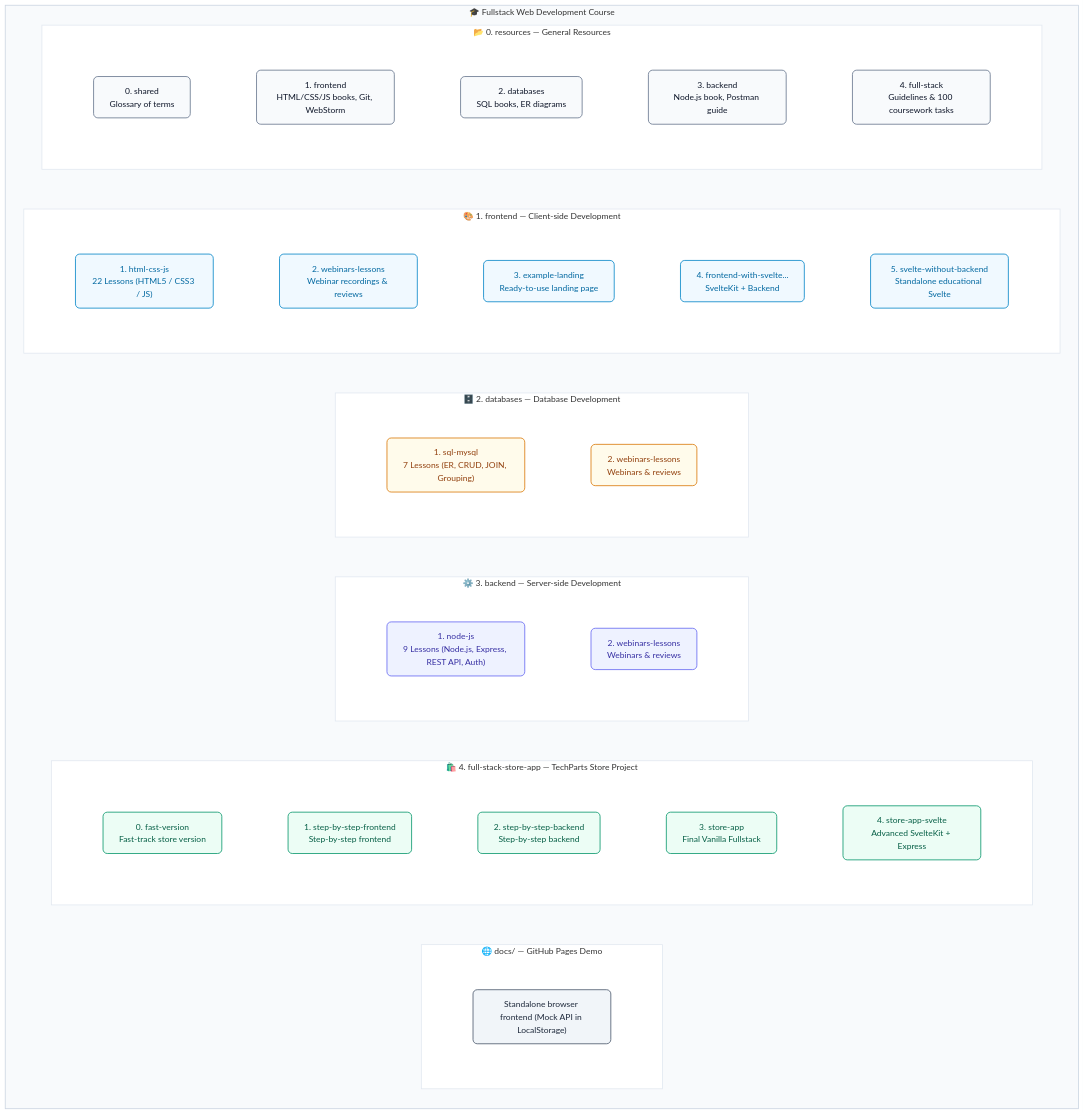
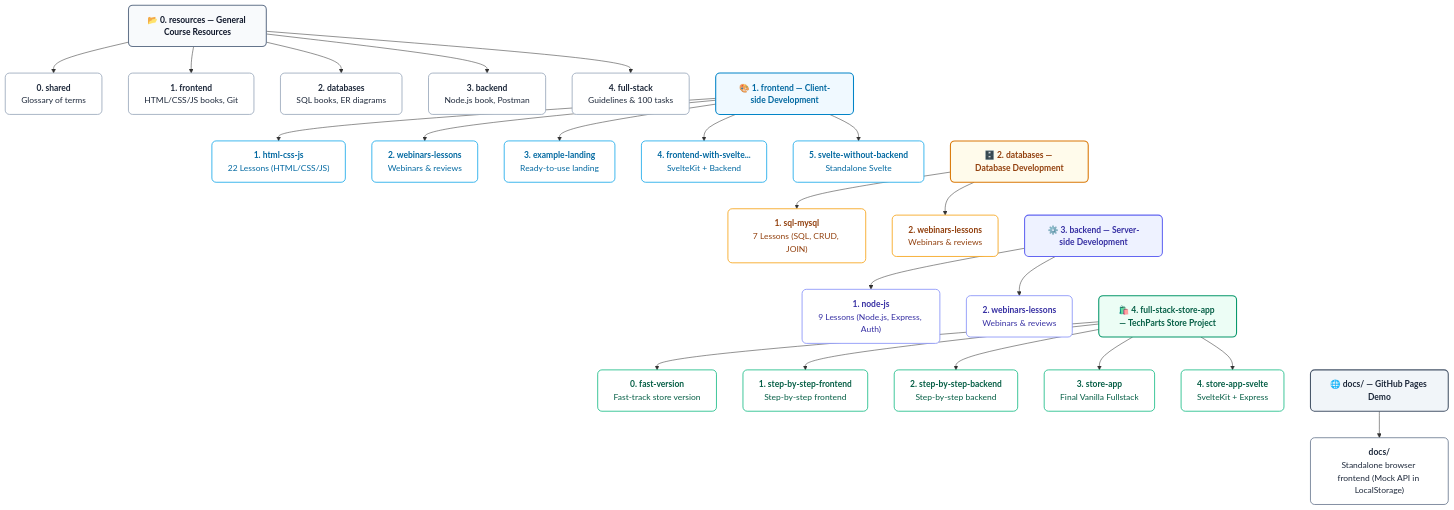
The first of 2 diagrams in README.md (mrsky1001/fullstack-web-development-course), drawn with Mermaid before and after one commit. The commit also changed 1 other file, not shown here.

Commit message:
refactor: simplify Mermaid flowchart structure in README files for improved readability

````diff
--- a/README.md
+++ b/README.md
@@ -146,130 +146,112 @@
 ```mermaid
 flowchart TD
-    subgraph ROOT["🎓 Fullstack Web Development Course"]
-        direction TB
+    %% 0. resources
+    H0["📂 <b>0. resources — General Course Resources</b>"]
+    R0["<span style='display:inline-block;text-decoration:none;'><b>0. shared</b><br/>Glossary of terms</span>"]
+    R1["<span style='display:inline-block;text-decoration:none;'><b>1. frontend</b><br/>HTML/CSS/JS books, Git</span>"]
+    R2["<span style='display:inline-block;text-decoration:none;'><b>2. databases</b><br/>SQL books, ER diagrams</span>"]
+    R3["<span style='display:inline-block;text-decoration:none;'><b>3. backend</b><br/>Node.js book, Postman</span>"]
+    R4["<span style='display:inline-block;text-decoration:none;'><b>4. full-stack</b><br/>Guidelines & 100 tasks</span>"]
+    H0 --> R0 & R1 & R2
+    H0 --> R3 & R4
 
-        subgraph RES["📂 0. resources — General Resources"]
-            direction TB
-            subgraph RES_ROW[" "]
-                direction LR
-                R0["<span style='display:inline-block; text-decoration:none;'>0. shared<br/>Glossary of terms</span>"]
-                R1["<span style='display:inline-block; text-decoration:none;'>1. frontend<br/>HTML/CSS/JS books, Git, WebStorm</span>"]
-                R2["<span style='display:inline-block; text-decoration:none;'>2. databases<br/>SQL books, ER diagrams</span>"]
-                R3["<span style='display:inline-block; text-decoration:none;'>3. backend<br/>Node.js book, Postman guide</span>"]
-                R4["<span style='display:inline-block; text-decoration:none;'>4. full-stack<br/>Guidelines & 100 coursework tasks</span>"]
-                R0 ~~~ R1 ~~~ R2 ~~~ R3 ~~~ R4
-            end
-        end
+    %% 1. frontend
+    H1["🎨 <b>1. frontend — Client-side Development</b>"]
+    F1["<span style='display:inline-block;text-decoration:none;'><b>1. html-css-js</b><br/>22 Lessons (HTML/CSS/JS)</span>"]
+    F2["<span style='display:inline-block;text-decoration:none;'><b>2. webinars-lessons</b><br/>Webinars & reviews</span>"]
+    F3["<span style='display:inline-block;text-decoration:none;'><b>3. example-landing</b><br/>Ready-to-use landing</span>"]
+    F4["<span style='display:inline-block;text-decoration:none;'><b>4. frontend-with-svelte...</b><br/>SvelteKit + Backend</span>"]
+    F5["<span style='display:inline-block;text-decoration:none;'><b>5. svelte-without-backend</b><br/>Standalone Svelte</span>"]
+    H1 --> F1 & F2 & F3
+    H1 --> F4 & F5
 
-        subgraph MOD1["🎨 1. frontend — Client-side Development"]
-            direction TB
-            subgraph MOD1_ROW[" "]
-                direction LR
-                F1["<span style='display:inline-block; text-decoration:none;'>1. html-css-js<br/>22 Lessons (HTML5 / CSS3 / JS)</span>"]
-                F2["<span style='display:inline-block; text-decoration:none;'>2. webinars-lessons<br/>Webinar recordings & reviews</span>"]
-                F3["<span style='display:inline-block; text-decoration:none;'>3. example-landing<br/>Ready-to-use landing page</span>"]
-                F4["<span style='display:inline-block; text-decoration:none;'>4. frontend-with-svelte...<br/>SvelteKit + Backend</span>"]
-                F5["<span style='display:inline-block; text-decoration:none;'>5. svelte-without-backend<br/>Standalone educational Svelte</span>"]
-                F1 ~~~ F2 ~~~ F3 ~~~ F4 ~~~ F5
-            end
-        end
+    %% 2. databases
+    H2["🗄️ <b>2. databases — Database Development</b>"]
+    D1["<span style='display:inline-block;text-decoration:none;'><b>1. sql-mysql</b><br/>7 Lessons (SQL, CRUD, JOIN)</span>"]
+    D2["<span style='display:inline-block;text-decoration:none;'><b>2. webinars-lessons</b><br/>Webinars & reviews</span>"]
+    H2 --> D1 & D2
 
-        subgraph MOD2["🗄️ 2. databases — Database Development"]
-            direction TB
-            subgraph MOD2_ROW[" "]
-                direction LR
-                D1["<span style='display:inline-block; text-decoration:none;'>1. sql-mysql<br/>7 Lessons (ER, CRUD, JOIN, Grouping)</span>"]
-                D2["<span style='display:inline-block; text-decoration:none;'>2. webinars-lessons<br/>Webinars & reviews</span>"]
-                D1 ~~~ D2
-            end
-        end
+    %% 3. backend
+    H3["⚙️ <b>3. backend — Server-side Development</b>"]
+    B1["<span style='display:inline-block;text-decoration:none;'><b>1. node-js</b><br/>9 Lessons (Node.js, Express, Auth)</span>"]
+    B2["<span style='display:inline-block;text-decoration:none;'><b>2. webinars-lessons</b><br/>Webinars & reviews</span>"]
+    H3 --> B1 & B2
 
-        subgraph MOD3["⚙️ 3. backend — Server-side Development"]
-            direction TB
-            subgraph MOD3_ROW[" "]
-                direction LR
-                B1["<span style='display:inline-block; text-decoration:none;'>1. node-js<br/>9 Lessons (Node.js, Express, REST API, Auth)</span>"]
-                B2["<span style='display:inline-block; text-decoration:none;'>2. webinars-lessons<br/>Webinars & reviews</span>"]
-                B1 ~~~ B2
-            end
-        end
+    %% 4. full-stack-store-app
+    H4["🛍️ <b>4. full-stack-store-app — TechParts Store Project</b>"]
+    S0["<span style='display:inline-block;text-decoration:none;'><b>0. fast-version</b><br/>Fast-track store version</span>"]
+    S1["<span style='display:inline-block;text-decoration:none;'><b>1. step-by-step-frontend</b><br/>Step-by-step frontend</span>"]
+    S2["<span style='display:inline-block;text-decoration:none;'><b>2. step-by-step-backend</b><br/>Step-by-step backend</span>"]
+    S3["<span style='display:inline-block;text-decoration:none;'><b>3. store-app</b><br/>Final Vanilla Fullstack</span>"]
+    S4["<span style='display:inline-block;text-decoration:none;'><b>4. store-app-svelte</b><br/>SvelteKit + Express</span>"]
+    H4 --> S0 & S1 & S2
+    H4 --> S3 & S4
 
-        subgraph MOD4["🛍️ 4. full-stack-store-app — TechParts Store Project"]
-            direction TB
-            subgraph MOD4_ROW[" "]
-                direction LR
-                S0["<span style='display:inline-block; text-decoration:none;'>0. fast-version<br/>Fast-track store version</span>"]
-                S1["<span style='display:inline-block; text-decoration:none;'>1. step-by-step-frontend<br/>Step-by-step frontend</span>"]
-                S2["<span style='display:inline-block; text-decoration:none;'>2. step-by-step-backend<br/>Step-by-step backend</span>"]
-                S3["<span style='display:inline-block; text-decoration:none;'>3. store-app<br/>Final Vanilla Fullstack</span>"]
-                S4["<span style='display:inline-block; text-decoration:none;'>4. store-app-svelte<br/>Advanced SvelteKit + Express</span>"]
-                S0 ~~~ S1 ~~~ S2 ~~~ S3 ~~~ S4
-            end
-        end
+    %% docs
+    H5["🌐 <b>docs/ — GitHub Pages Demo</b>"]
+    DOC["<span style='display:inline-block;text-decoration:none;'><b>docs/</b><br/>Standalone browser frontend (Mock API in LocalStorage)</span>"]
+    H5 --> DOC
 
-        subgraph DOCS["🌐 docs/ — GitHub Pages Demo"]
-            direction TB
-            subgraph DOCS_ROW[" "]
-                direction LR
-                DOC["<span style='display:inline-block; text-decoration:none;'>Standalone browser frontend (Mock API in LocalStorage)</span>"]
-            end
-        end
+    %% Flow between modules
+    H0 ~~~ H1 ~~~ H2 ~~~ H3 ~~~ H4 ~~~ H5
 
-        RES ~~~ MOD1 ~~~ MOD2 ~~~ MOD3 ~~~ MOD4 ~~~ DOCS
-    end
+    classDef header0 fill:#f8fafc,stroke:#64748b,stroke-width:2px,color:#0f172a,rx:8px,ry:8px;
+    classDef header1 fill:#f0f9ff,stroke:#0284c7,stroke-width:2px,color:#0369a1,rx:8px,ry:8px;
+    classDef header2 fill:#fffbeb,stroke:#d97706,stroke-width:2px,color:#92400e,rx:8px,ry:8px;
+    classDef header3 fill:#eef2ff,stroke:#6366f1,stroke-width:2px,color:#3730a3,rx:8px,ry:8px;
+    classDef header4 fill:#ecfdf5,stroke:#059669,stroke-width:2px,color:#065f46,rx:8px,ry:8px;
+    classDef header5 fill:#f1f5f9,stroke:#475569,stroke-width:2px,color:#1e293b,rx:8px,ry:8px;
 
-    classDef resStyle fill:#f8fafc,stroke:#64748b,stroke-width:1.5px,color:#0f172a,rx:8px,ry:8px,text-decoration:none;
-    classDef frontStyle fill:#f0f9ff,stroke:#0284c7,stroke-width:1.5px,color:#0369a1,rx:8px,ry:8px,text-decoration:none;
-    classDef dbStyle fill:#fffbeb,stroke:#d97706,stroke-width:1.5px,color:#92400e,rx:8px,ry:8px,text-decoration:none;
-    classDef backStyle fill:#eef2ff,stroke:#6366f1,stroke-width:1.5px,color:#3730a3,rx:8px,ry:8px,text-decoration:none;
-    classDef appStyle fill:#ecfdf5,stroke:#059669,stroke-width:1.5px,color:#065f46,rx:8px,ry:8px,text-decoration:none;
-    classDef docStyle fill:#f1f5f9,stroke:#475569,stroke-width:1.5px,color:#1e293b,rx:8px,ry:8px,text-decoration:none;
+    classDef card0 fill:#ffffff,stroke:#94a3b8,stroke-width:1.5px,color:#1e293b,rx:8px,ry:8px;
+    classDef card1 fill:#ffffff,stroke:#0ea5e9,stroke-width:1.5px,color:#0369a1,rx:8px,ry:8px;
+    classDef card2 fill:#ffffff,stroke:#f59e0b,stroke-width:1.5px,color:#92400e,rx:8px,ry:8px;
+    classDef card3 fill:#ffffff,stroke:#818cf8,stroke-width:1.5px,color:#3730a3,rx:8px,ry:8px;
+    classDef card4 fill:#ffffff,stroke:#10b981,stroke-width:1.5px,color:#065f46,rx:8px,ry:8px;
+    classDef card5 fill:#ffffff,stroke:#64748b,stroke-width:1.5px,color:#1e293b,rx:8px,ry:8px;
 
-    class R0,R1,R2,R3,R4 resStyle;
-    class F1,F2,F3,F4,F5 frontStyle;
-    class D1,D2 dbStyle;
-    class B1,B2 backStyle;
-    class S0,S1,S2,S3,S4 appStyle;
-    class DOC docStyle;
+    class H0 header0;
+    class H1 header1;
+    class H2 header2;
+    class H3 header3;
+    class H4 header4;
+    class H5 header5;
 
-    style ROOT fill:#f8fafc,stroke:#cbd5e1,stroke-width:1.5px
-    style RES fill:#ffffff,stroke:#e2e8f0,stroke-width:1.5px
-    style MOD1 fill:#ffffff,stroke:#e2e8f0,stroke-width:1.5px
-    style MOD2 fill:#ffffff,stroke:#e2e8f0,stroke-width:1.5px
-    style MOD3 fill:#ffffff,stroke:#e2e8f0,stroke-width:1.5px
-    style MOD4 fill:#ffffff,stroke:#e2e8f0,stroke-width:1.5px
-    style DOCS fill:#ffffff,stroke:#e2e8f0,stroke-width:1.5px
+    class R0,R1,R2,R3,R4 card0;
+    class F1,F2,F3,F4,F5 card1;
+    class D1,D2 card2;
+    class B1,B2 card3;
+    class S0,S1,S2,S3,S4 card4;
+    class DOC card5;
 
-    style RES_ROW fill:none,stroke:none
-    style MOD1_ROW fill:none,stroke:none
-    style MOD2_ROW fill:none,stroke:none
-    style MOD3_ROW fill:none,stroke:none
-    style MOD4_ROW fill:none,stroke:none
-    style DOCS_ROW fill:none,stroke:none
-
+    click H0 "./0.%20resources/" "Open 0. resources"
     click R0 "./0.%20resources/0.%20shared/" "Open 0. shared"
     click R1 "./0.%20resources/1.%20frontend/" "Open 1. frontend"
     click R2 "./0.%20resources/2.%20databases/" "Open 2. databases"
     click R3 "./0.%20resources/3.%20backend/" "Open 3. backend"
     click R4 "./0.%20resources/4.%20full-stack/" "Open 4. full-stack"
 
+    click H1 "./1.%20frontend/" "Open 1. frontend"
     click F1 "./1.%20frontend/1.%20html-css-js/" "Open 1. html-css-js"
     click F2 "./1.%20frontend/2.%20webinars-lessons/" "Open 2. webinars-lessons"
     click F3 "./1.%20frontend/3.%20example-landing/" "Open 3. example-landing"
     click F4 "./1.%20frontend/4.%20frontend-with-svelte-and-backend/" "Open 4. frontend-with-svelte-and-backend"
     click F5 "./1.%20frontend/5.%20svelte-without-backend/" "Open 5. svelte-without-backend"
 
+    click H2 "./2.%20databases/" "Open 2. databases"
     click D1 "./2.%20databases/1.%20sql-mysql/" "Open 1. sql-mysql"
     click D2 "./2.%20databases/2.%20webinars-lessons/" "Open 2. webinars-lessons"
 
+    click H3 "./3.%20backend/" "Open 3. backend"
     click B1 "./3.%20backend/1.%20node-js/" "Open 1. node-js"
     click B2 "./3.%20backend/2.%20webinars-lessons/" "Open 2. webinars-lessons"
 
+    click H4 "./4.%20full-stack-store-app/" "Open 4. full-stack-store-app"
     click S0 "./4.%20full-stack-store-app/0.%20fast-version/" "Open 0. fast-version"
     click S1 "./4.%20full-stack-store-app/1.%20step-by-step-frontend/" "Open 1. step-by-step-frontend"
     click S2 "./4.%20full-stack-store-app/2.%20step-by-step-backend/" "Open 2. step-by-step-backend"
     click S3 "./4.%20full-stack-store-app/3.%20store-app/" "Open 3. store-app"
     click S4 "./4.%20full-stack-store-app/4.%20store-app-svelte/" "Open 4. store-app-svelte"
 
+    click H5 "./docs/" "Open docs"
     click DOC "./docs/" "Open demo docs"
 ```
````
